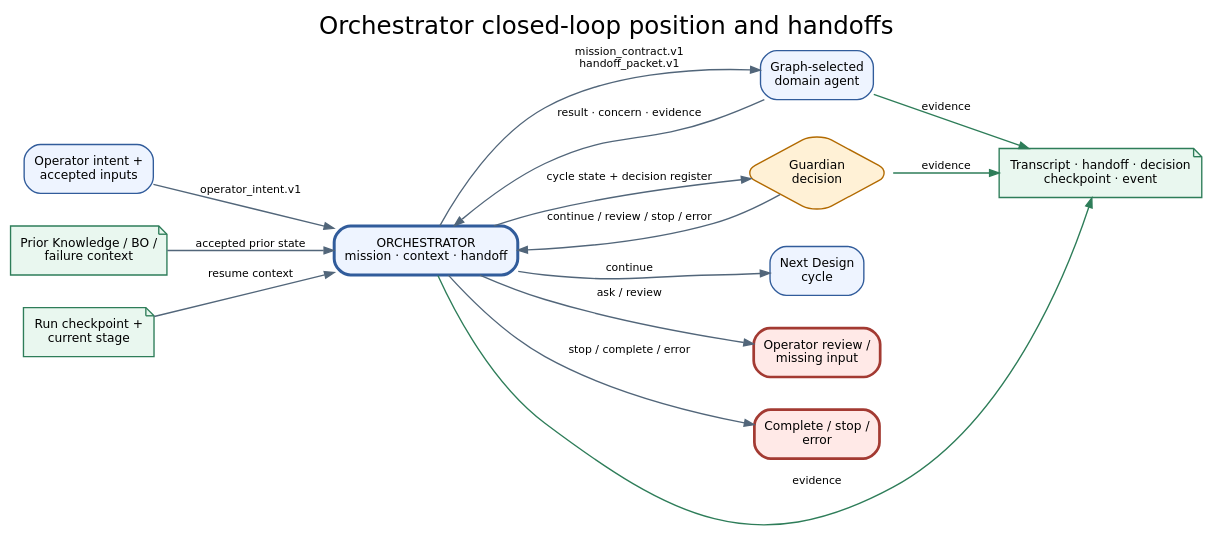
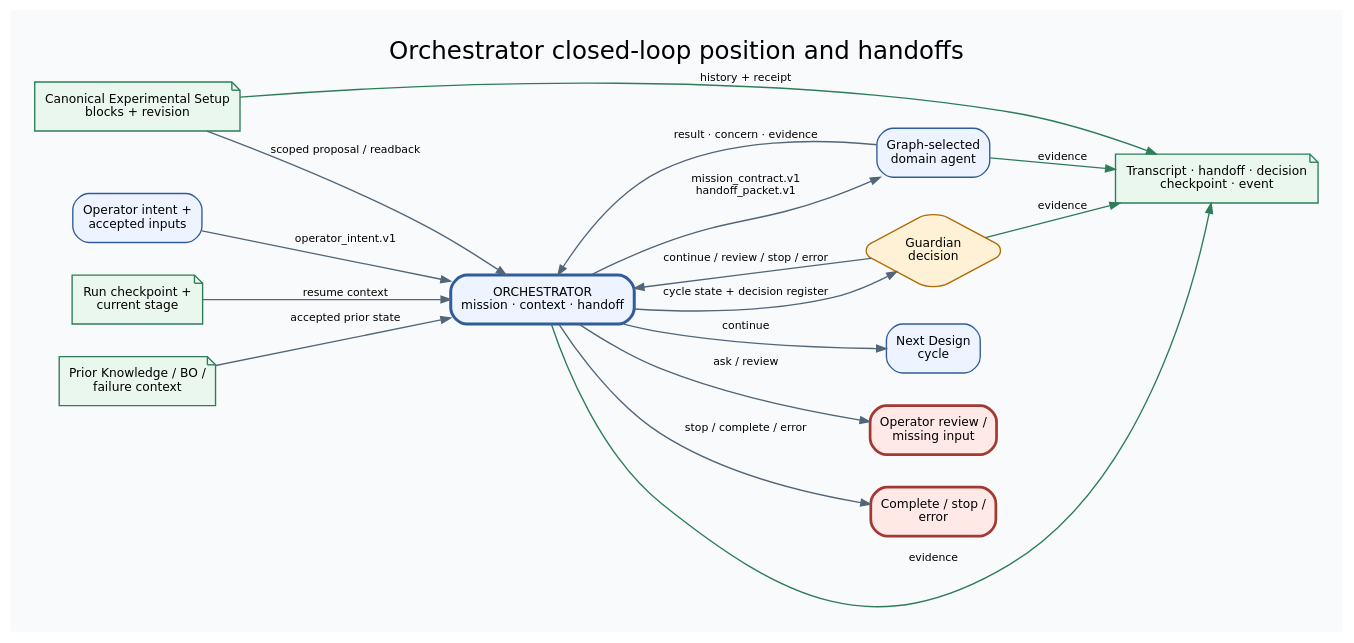
One commit to JIN9811/autonomous_researcher changed the diagram in docs/agents/assets/figures/orchestrator_01_closed_loop_handoffs.dot. Above: the diagram before and after it, drawn with Graphviz. The commit also changed 91 other files, not shown here.

Commit message:
feat(orchestrator): add dynamic setup, bounded decisions and readable run IDs

```diff
--- a/docs/agents/assets/figures/orchestrator_01_closed_loop_handoffs.dot
+++ b/docs/agents/assets/figures/orchestrator_01_closed_loop_handoffs.dot
@@ -1,30 +1,33 @@
 digraph orchestrator_closed_loop_handoffs {
-  graph [rankdir=LR, bgcolor="transparent", pad="0.25", nodesep="0.34", ranksep="0.55", fontname="DejaVu Sans", label="Orchestrator closed-loop position and handoffs", labelloc="t", fontsize=18];
+  graph [rankdir=LR, bgcolor="#F8FAFC", pad="0.25", nodesep="0.34", ranksep="0.55", fontname="DejaVu Sans", label="Orchestrator closed-loop position and handoffs", labelloc="t", fontsize=18];
   node [shape=box, style="rounded,filled", fillcolor="#EEF4FF", color="#315C9B", fontname="DejaVu Sans", fontsize=9, margin="0.10,0.07"];
   edge [color="#52667A", fontname="DejaVu Sans", fontsize=8, arrowsize=0.7];
 
   operator [label="Operator intent +\naccepted inputs"];
+  setup [label="Canonical Experimental Setup\nblocks + revision", shape=note, fillcolor="#E9F7EF", color="#2E7D59"];
   prior [label="Prior Knowledge / BO /\nfailure context", shape=note, fillcolor="#E9F7EF", color="#2E7D59"];
   checkpoint [label="Run checkpoint +\ncurrent stage", shape=note, fillcolor="#E9F7EF", color="#2E7D59"];
   orchestrator [label="ORCHESTRATOR\nmission · context · handoff", penwidth=2.2];
   agent [label="Graph-selected\ndomain agent"];
   guardian [label="Guardian\ndecision", shape=diamond, fillcolor="#FFF1D6", color="#B26A00"];
   design [label="Next Design\ncycle"];
   review [label="Operator review /\nmissing input", fillcolor="#FFE9E7", color="#A33A32", penwidth=2];
   terminal [label="Complete / stop /\nerror", fillcolor="#FFE9E7", color="#A33A32", penwidth=2];
   evidence [label="Transcript · handoff · decision\ncheckpoint · event", shape=note, fillcolor="#E9F7EF", color="#2E7D59"];
 
   operator -> orchestrator [label="operator_intent.v1"];
+  setup -> orchestrator [label="scoped proposal / readback"];
   prior -> orchestrator [label="accepted prior state"];
   checkpoint -> orchestrator [label="resume context"];
   orchestrator -> agent [label="mission_contract.v1\nhandoff_packet.v1"];
   agent -> orchestrator [label="result · concern · evidence"];
   orchestrator -> guardian [label="cycle state + decision register"];
   guardian -> orchestrator [label="continue / review / stop / error"];
   orchestrator -> design [label="continue"];
   orchestrator -> review [label="ask / review"];
   orchestrator -> terminal [label="stop / complete / error"];
   orchestrator -> evidence [label="evidence", color="#2E7D59"];
+  setup -> evidence [label="history + receipt", color="#2E7D59"];
   agent -> evidence [label="evidence", color="#2E7D59"];
   guardian -> evidence [label="evidence", color="#2E7D59"];
 }
```
